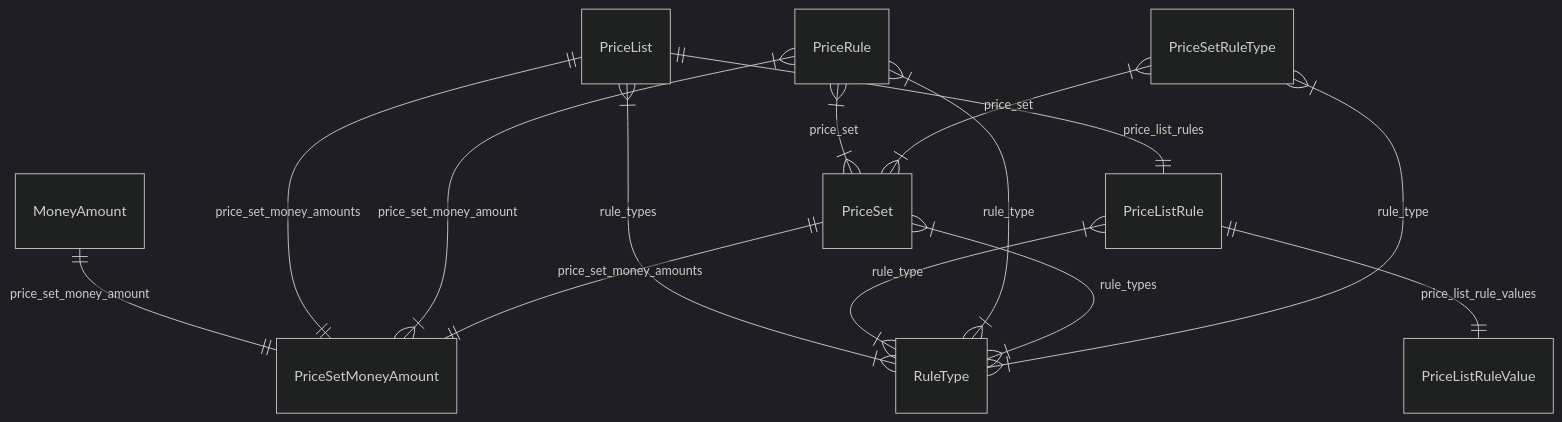
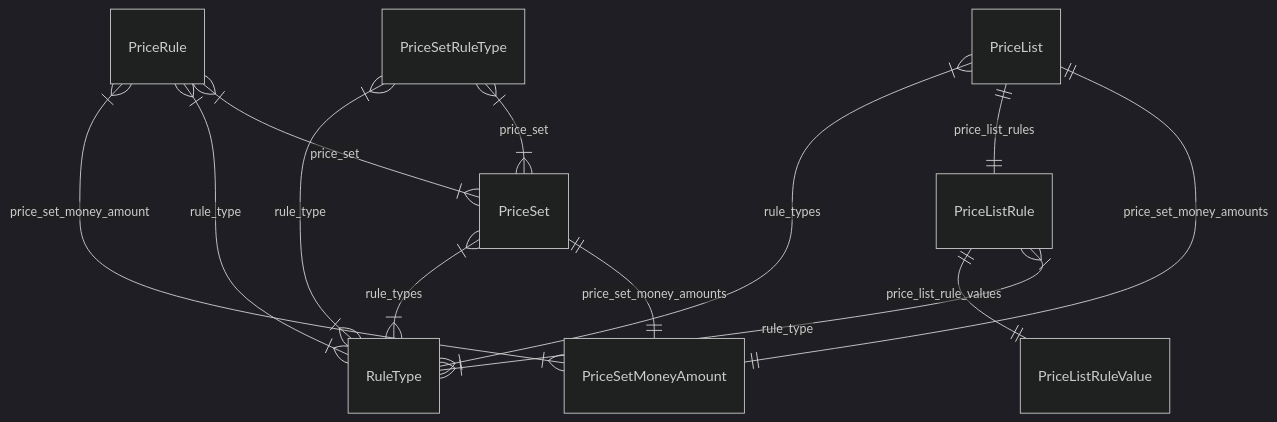
One commit to medusajs/medusa changed the diagram in www/apps/docs/content/references/modules/pricing_models.mdx. Above: the diagram before and after it, drawn with Mermaid (dark theme). The commit also changed other lines of this file and 137 other files, not shown here.

````diff
--- a/www/apps/docs/content/references/modules/pricing_models.mdx
+++ b/www/apps/docs/content/references/modules/pricing_models.mdx
@@ -14,17 +14,16 @@
 ```mermaid
 erDiagram
-	MoneyAmount ||--|| PriceSetMoneyAmount : price_set_money_amount
 	PriceList ||--|| PriceSetMoneyAmount : price_set_money_amounts
 	PriceList ||--|| PriceListRule : price_list_rules
 	PriceList }|--|{ RuleType : rule_types
 	PriceListRule }|--|{ RuleType : rule_type
 	PriceListRule ||--|| PriceListRuleValue : price_list_rule_values
 	PriceRule }|--|{ PriceSet : price_set
 	PriceRule }|--|{ RuleType : rule_type
 	PriceRule }|--|{ PriceSetMoneyAmount : price_set_money_amount
 	PriceSet ||--|| PriceSetMoneyAmount : price_set_money_amounts
 	PriceSet }|--|{ RuleType : rule_types
 	PriceSetRuleType }|--|{ PriceSet : price_set
 	PriceSetRuleType }|--|{ RuleType : rule_type
 
 ```
````
